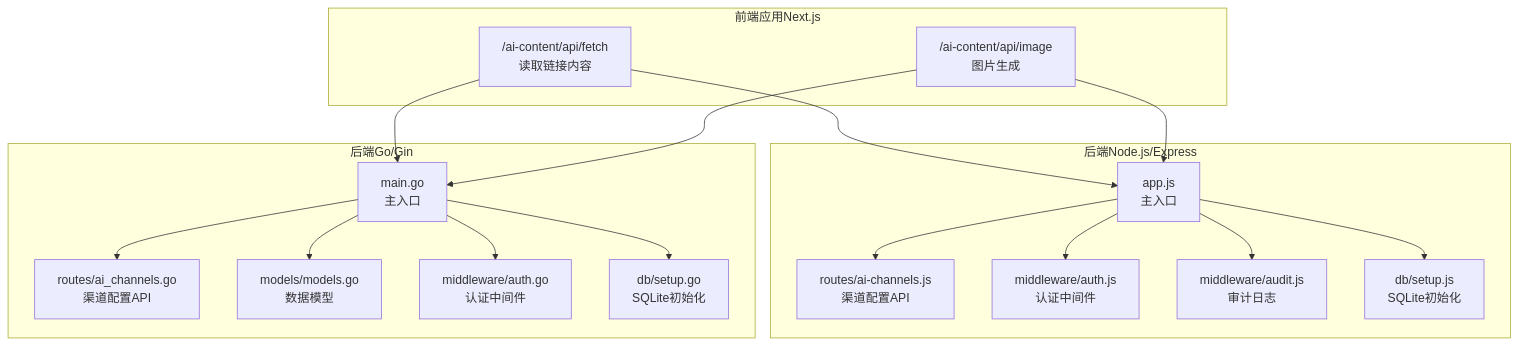
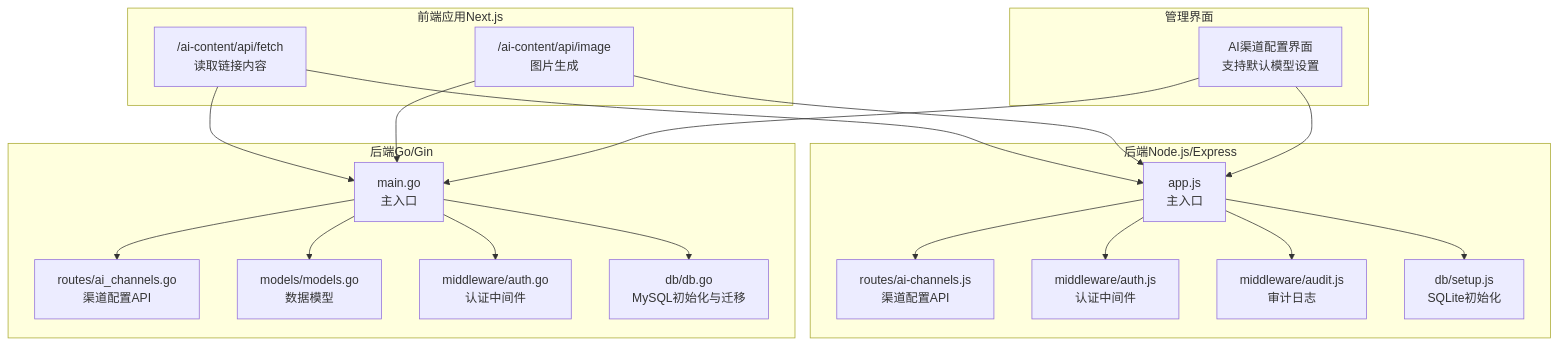
One commit to hx631580609-web/zsts-cms changed the first of 8 diagrams in .qoder/repowiki/zh/content/后端服务架构/API接口文档/AI渠道配置接口.md. Above: the diagram before and after it, drawn with Mermaid. The commit also changed other lines of this file and 5 other files, not shown here.

````diff
--- a/.qoder/repowiki/zh/content/后端服务架构/API接口文档/AI渠道配置接口.md
+++ b/.qoder/repowiki/zh/content/后端服务架构/API接口文档/AI渠道配置接口.md
@@ -51,33 +60,38 @@
 ```mermaid
 graph TB
 subgraph "前端应用Next.js"
 FE_API_Fetch["/ai-content/api/fetch<br/>读取链接内容"]
 FE_API_Image["/ai-content/api/image<br/>图片生成"]
+end
+subgraph "管理界面"
+ADMIN_UI["AI渠道配置界面<br/>支持默认模型设置"]
 end
 subgraph "后端Node.js/Express"
 BE_Node_App["app.js<br/>主入口"]
 BE_Route_AI_Channels["routes/ai-channels.js<br/>渠道配置API"]
 BE_MW_Auth["middleware/auth.js<br/>认证中间件"]
 BE_MW_Audit["middleware/audit.js<br/>审计日志"]
 BE_DB_Setup["db/setup.js<br/>SQLite初始化"]
 end
 subgraph "后端Go/Gin"
 BE_Go_Main["main.go<br/>主入口"]
 BE_Go_Route_AI_Channels["routes/ai_channels.go<br/>渠道配置API"]
 BE_Go_Models["models/models.go<br/>数据模型"]
 BE_Go_MW_Auth["middleware/auth.go<br/>认证中间件"]
-BE_Go_DB_Setup["db/setup.go<br/>SQLite初始化"]
+BE_Go_DB_Init["db/db.go<br/>MySQL初始化与迁移"]
 end
 FE_API_Fetch --> BE_Node_App
 FE_API_Image --> BE_Node_App
 FE_API_Fetch --> BE_Go_Main
 FE_API_Image --> BE_Go_Main
+ADMIN_UI --> BE_Go_Main
+ADMIN_UI --> BE_Node_App
 BE_Node_App --> BE_Route_AI_Channels
 BE_Node_App --> BE_MW_Auth
 BE_Node_App --> BE_MW_Audit
 BE_Node_App --> BE_DB_Setup
 BE_Go_Main --> BE_Go_Route_AI_Channels
 BE_Go_Main --> BE_Go_Models
 BE_Go_Main --> BE_Go_MW_Auth
-BE_Go_Main --> BE_Go_DB_Setup
+BE_Go_Main --> BE_Go_DB_Init
 ```
````
